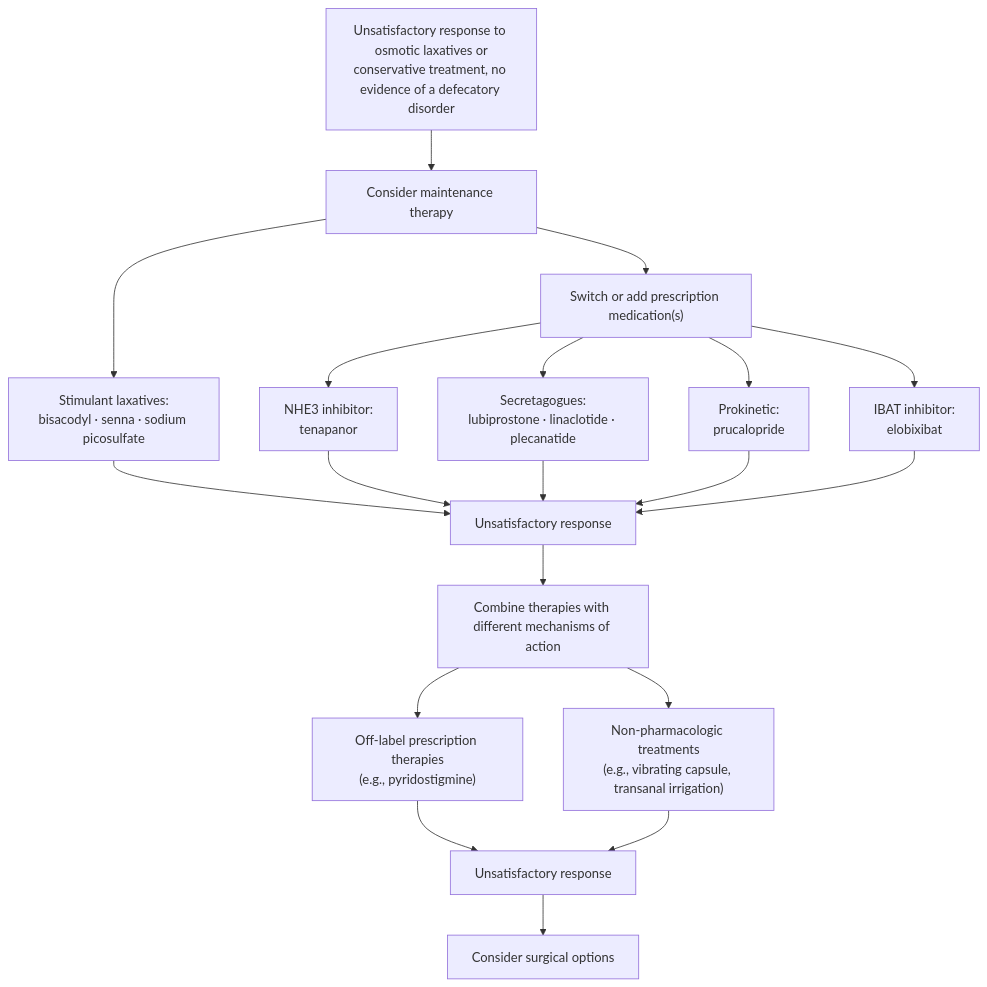
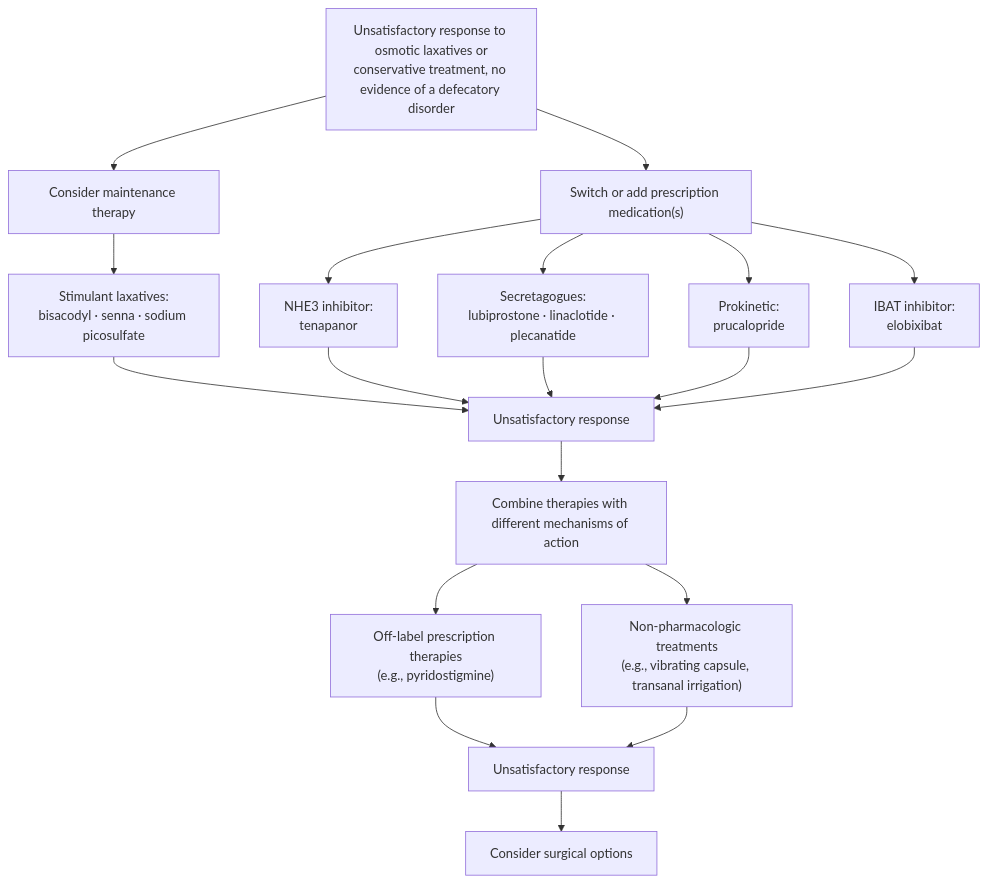
The first of 3 diagrams in KHNL-GI-Wiki/wiki/sources/aga-2026-refractory-constipation.md (KHNickLeMD/KHNL-GI-Wiki), drawn with Mermaid before and after one commit. The commit also changed other lines of this file and 15 other files, not shown here.

````diff
--- a/KHNL-GI-Wiki/wiki/sources/aga-2026-refractory-constipation.md
+++ b/KHNL-GI-Wiki/wiki/sources/aga-2026-refractory-constipation.md
@@ -137,21 +138,21 @@
 ```mermaid
 flowchart TD
     A["Unsatisfactory response to osmotic laxatives or<br/>conservative treatment, no evidence of a defecatory disorder"] --> B["Consider maintenance therapy"]
     B --> C["Stimulant laxatives:<br/>bisacodyl · senna · sodium picosulfate"]
-    B --> D["Switch or add prescription medication(s)"]
+    A --> D["Switch or add prescription medication(s)"]
     D --> E["NHE3 inhibitor:<br/>tenapanor"]
     D --> F["Secretagogues:<br/>lubiprostone · linaclotide · plecanatide"]
     D --> G["Prokinetic:<br/>prucalopride"]
     D --> H["IBAT inhibitor:<br/>elobixibat"]
     C --> I["Unsatisfactory response"]
     E --> I
     F --> I
     G --> I
     H --> I
     I --> J["Combine therapies with different mechanisms of action"]
     J --> K["Off-label prescription therapies<br/>(e.g., pyridostigmine)"]
     J --> L["Non-pharmacologic treatments<br/>(e.g., vibrating capsule, transanal irrigation)"]
     K --> M["Unsatisfactory response"]
     L --> M
     M --> N["Consider surgical options"]
 ```
````
